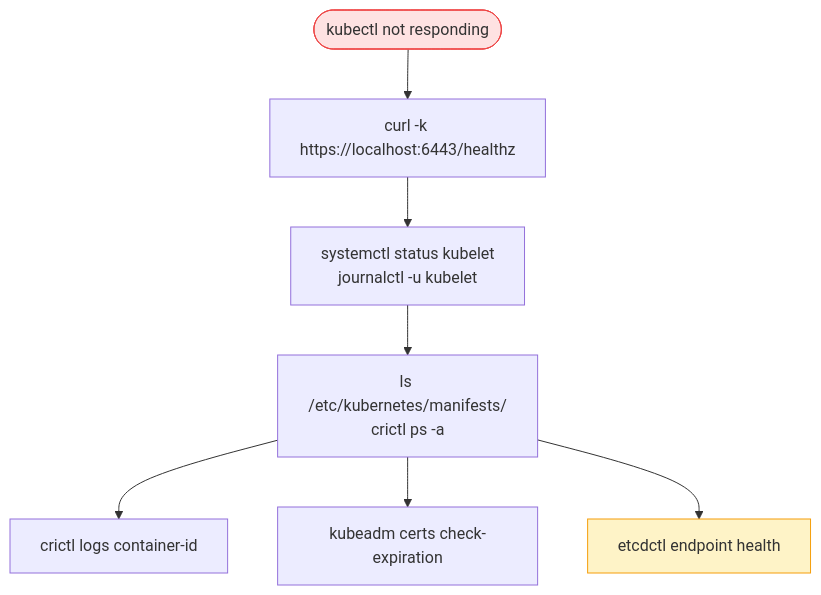
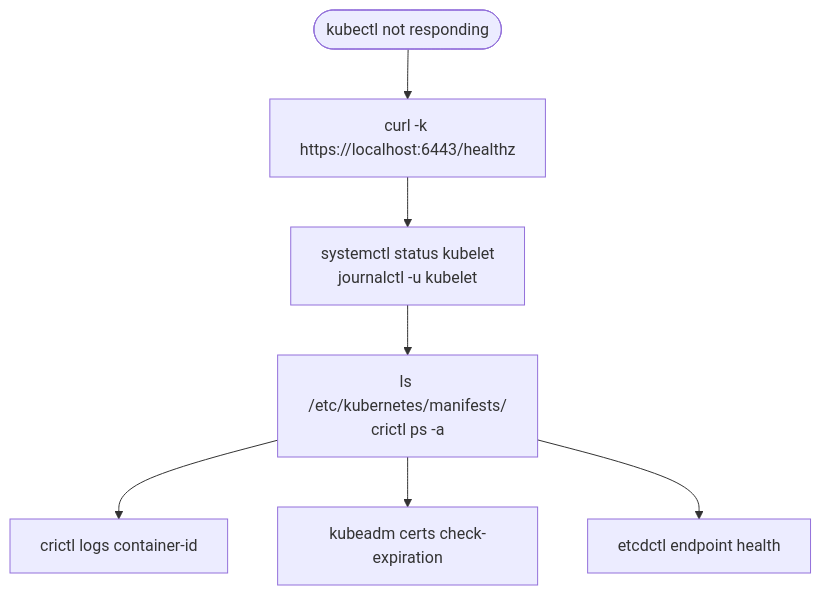
Before and after one commit to Gautam4424/k8slearn-content: the diagram in content/cka/15-troubleshooting-debug-pods-nodes-control-plane/153-troubleshooting-control-plane/153-troubleshooting-control-plane.md, drawn with Mermaid. The commit also changed 40 other files, not shown here.

Commit message:
chore: fix mermaid style regex

````diff
--- a/content/cka/15-troubleshooting-debug-pods-nodes-control-plane/153-troubleshooting-control-plane/153-troubleshooting-control-plane.md
+++ b/content/cka/15-troubleshooting-debug-pods-nodes-control-plane/153-troubleshooting-control-plane/153-troubleshooting-control-plane.md
@@ -19,15 +19,13 @@
 ```mermaid
 flowchart TD
     START(["kubectl not responding"])
     N1["curl -k https://localhost:6443/healthz"]
     N2["systemctl status kubelet\njournalctl -u kubelet"]
     N3["ls /etc/kubernetes/manifests/\ncrictl ps -a"]
     N4["crictl logs container-id"]
     N5["kubeadm certs check-expiration"]
     N6["etcdctl endpoint health"]
     START --> N1 --> N2 --> N3 --> N4
     N3 --> N5
     N3 --> N6
-    style START fill:#fee2e2,stroke:#ef4444
-    style N6 fill:#fef3c7,stroke:#f59e0b
 ```
````
